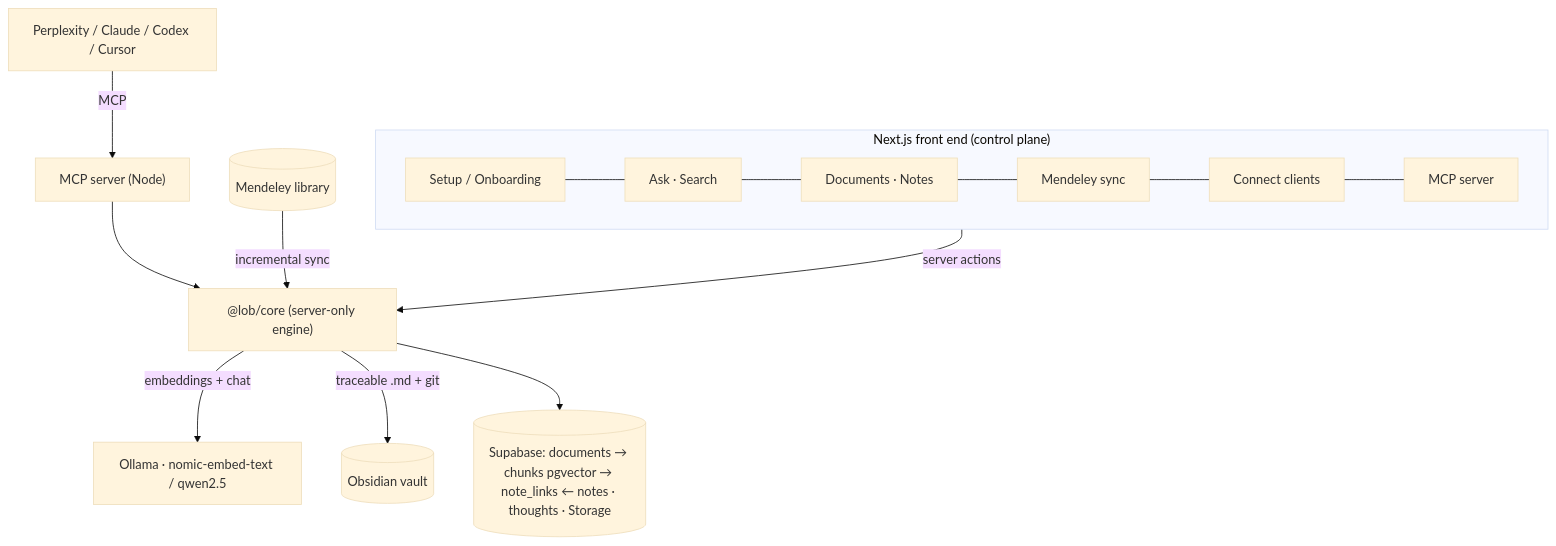
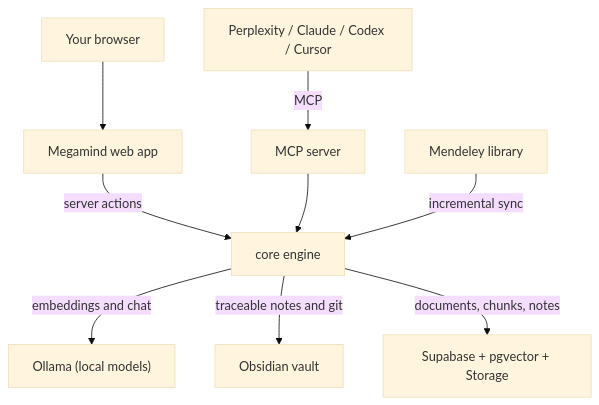
One commit to martinmanuel9/megamind_phd_assistant changed the first of 2 diagrams in README.md. Above: the diagram before and after it, drawn with Mermaid (base theme). The commit also changed other lines of this file and 1 other file, not shown here.

First line of the commit message:
docs: fix README Mermaid diagram + add usage/process-flow guide

````diff
--- a/README.md
+++ b/README.md
@@ -35,14 +35,11 @@
 ```mermaid
 flowchart TD
-  subgraph UI["Next.js front end (control plane)"]
-    direction LR
-    setup[Setup / Onboarding] --- ask[Ask · Search] --- docs[Documents · Notes] --- sync[Mendeley sync] --- connect[Connect clients] --- server[MCP server]
-  end
-  UI -->|server actions| core["@lob/core (server-only engine)"]
-  ext[Perplexity / Claude / Codex / Cursor] -->|MCP| mcp["MCP server (Node)"]
+  user["Your browser"] --> web["Megamind web app"]
+  clients["Perplexity / Claude / Codex / Cursor"] -->|MCP| mcp["MCP server"]
+  web -->|server actions| core["core engine"]
   mcp --> core
-  core -->|embeddings + chat| ollama[Ollama · nomic-embed-text / qwen2.5]
-  core -->|traceable .md + git| vault[(Obsidian vault)]
-  core --> supa[(Supabase: documents → chunks pgvector → note_links ← notes · thoughts · Storage)]
-  mendeley[(Mendeley library)] -->|incremental sync| core
+  core -->|embeddings and chat| ollama["Ollama (local models)"]
+  core -->|traceable notes and git| vault["Obsidian vault"]
+  core -->|documents, chunks, notes| supa["Supabase + pgvector + Storage"]
+  mendeley["Mendeley library"] -->|incremental sync| core
 ```
````
